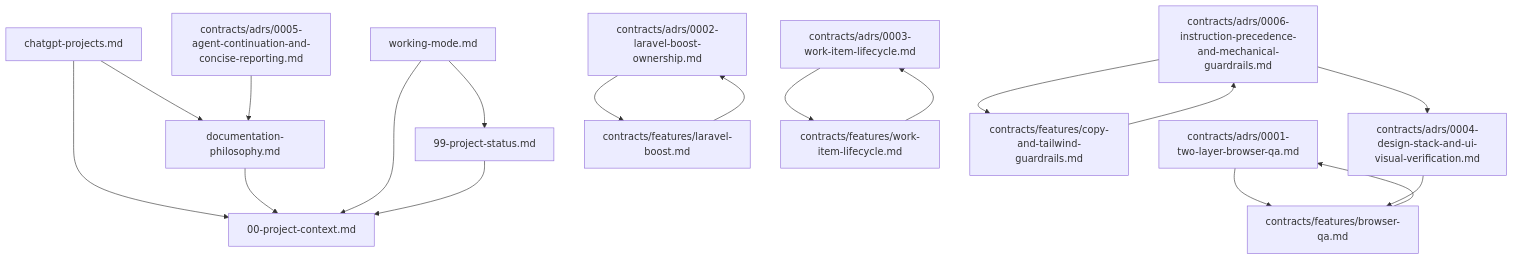
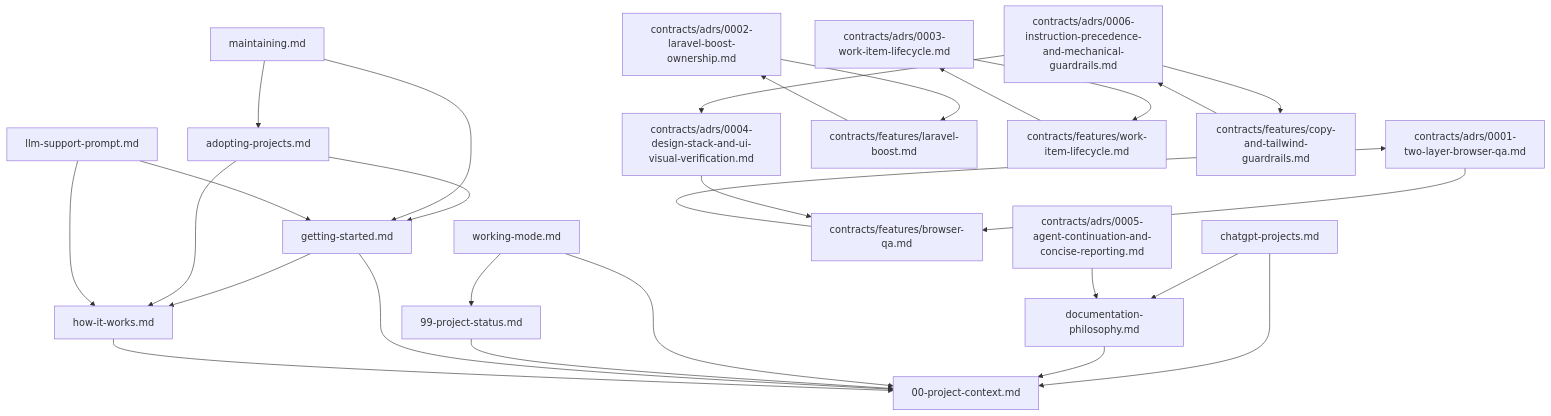
One commit to ConlinJoe/ai-platform changed the diagram in docs/README.md. Above: the diagram before and after it, drawn with Mermaid. The commit also changed other lines of this file and 16 other files, not shown here.

````diff
--- a/docs/README.md
+++ b/docs/README.md
@@ -34,36 +44,50 @@
 ```mermaid
 flowchart TD
   context[00-project-context.md]
   workingMode[working-mode.md]
   status[99-project-status.md]
+  gettingStarted[getting-started.md]
+  howItWorks[how-it-works.md]
+  adopting[adopting-projects.md]
+  maintaining[maintaining.md]
+  llmSupport[llm-support-prompt.md]
   philosophy[documentation-philosophy.md]
   chatgpt[chatgpt-projects.md]
   browserAdr[contracts/adrs/0001-two-layer-browser-qa.md]
   boostAdr[contracts/adrs/0002-laravel-boost-ownership.md]
   workAdr[contracts/adrs/0003-work-item-lifecycle.md]
   designAdr[contracts/adrs/0004-design-stack-and-ui-visual-verification.md]
   continuationAdr[contracts/adrs/0005-agent-continuation-and-concise-reporting.md]
   guardrailAdr[contracts/adrs/0006-instruction-precedence-and-mechanical-guardrails.md]
   browserQa[contracts/features/browser-qa.md]
   boost[contracts/features/laravel-boost.md]
   workItems[contracts/features/work-item-lifecycle.md]
   guardrails[contracts/features/copy-and-tailwind-guardrails.md]
 
   chatgpt --> philosophy
   chatgpt --> context
   philosophy --> context
   workingMode --> context
   workingMode --> status
   status --> context
+  gettingStarted --> howItWorks
+  gettingStarted --> context
+  howItWorks --> context
+  adopting --> gettingStarted
+  adopting --> howItWorks
+  maintaining --> gettingStarted
+  maintaining --> adopting
+  llmSupport --> gettingStarted
+  llmSupport --> howItWorks
   continuationAdr --> philosophy
   browserAdr --> browserQa
   boostAdr --> boost
   workAdr --> workItems
   designAdr --> browserQa
   guardrailAdr --> guardrails
   guardrailAdr --> designAdr
   browserQa --> browserAdr
   boost --> boostAdr
   workItems --> workAdr
   guardrails --> guardrailAdr
 ```
````
